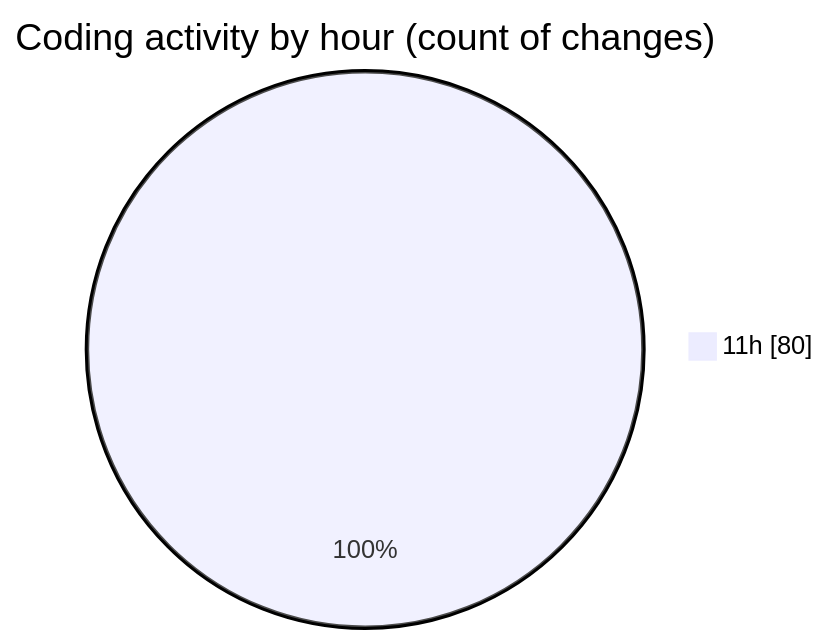
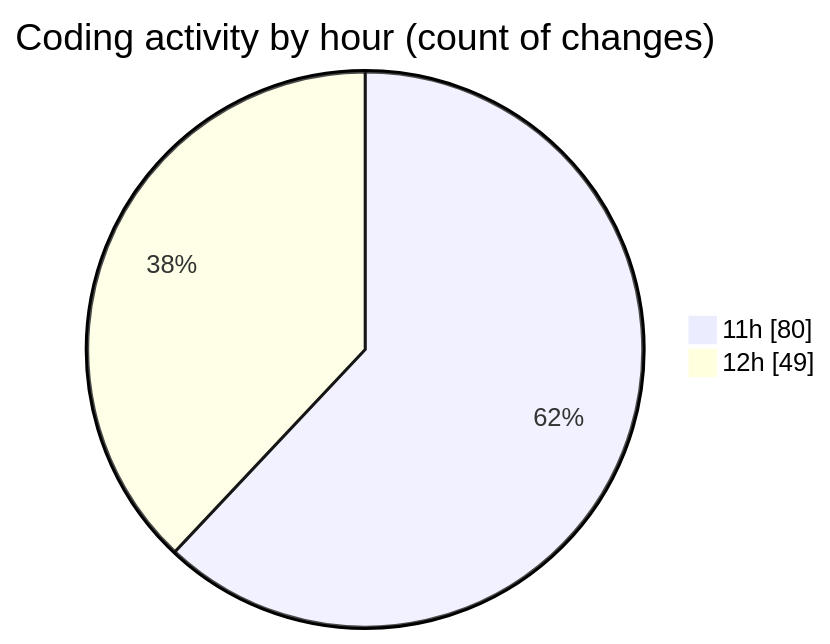
Before and after one commit to nxtqubesakshisongat/code-tracking: the second of 2 diagrams in 2025-04-19/nxtqube_webapp/README.md, drawn with Mermaid. The commit also changed other lines of this file and 1 other file, not shown here.

````diff
--- a/2025-04-19/nxtqube_webapp/README.md
+++ b/2025-04-19/nxtqube_webapp/README.md
@@ -33,5 +34,6 @@
 ```mermaid
 pie showData
 title Coding activity by hour (count of changes)
 "11h" : 80
+"12h" : 49
 ```
````
